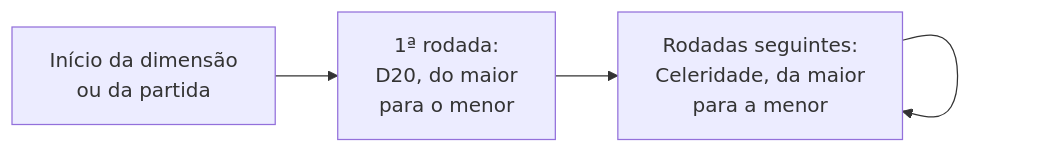
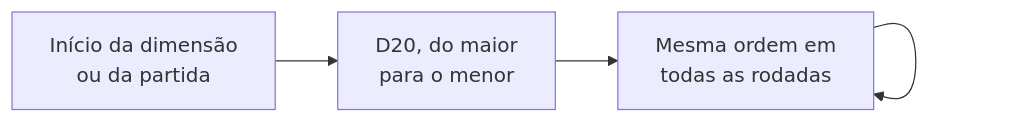
One commit to frnndog-suav/Misadventure_Frontend_V3 changed the ninth of 17 diagrams in docs/README.md. Above: the diagram before and after it, drawn with Mermaid. The commit also changed other lines of this file, not shown here.

````diff
--- a/docs/README.md
+++ b/docs/README.md
@@ -1062,6 +1073,6 @@
 ```mermaid
 flowchart LR
-    A[Início da dimensão<br/>ou da partida] --> B[1ª rodada:<br/>D20, do maior<br/>para o menor]
-    B --> C[Rodadas seguintes:<br/>Celeridade, da maior<br/>para a menor]
+    A[Início da dimensão<br/>ou da partida] --> B[D20, do maior<br/>para o menor]
+    B --> C[Mesma ordem em<br/>todas as rodadas]
     C --> C
 ```
````
